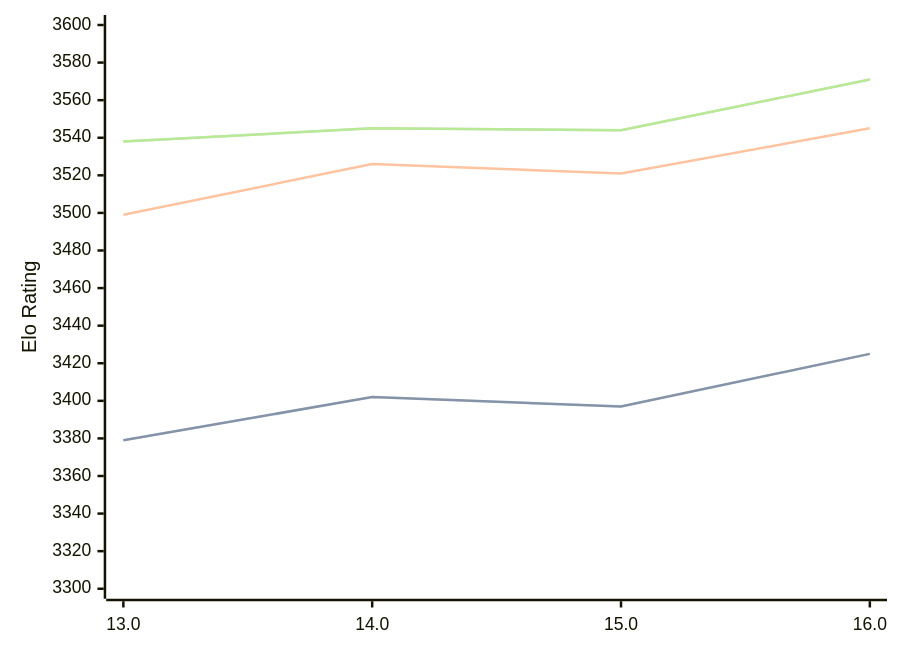
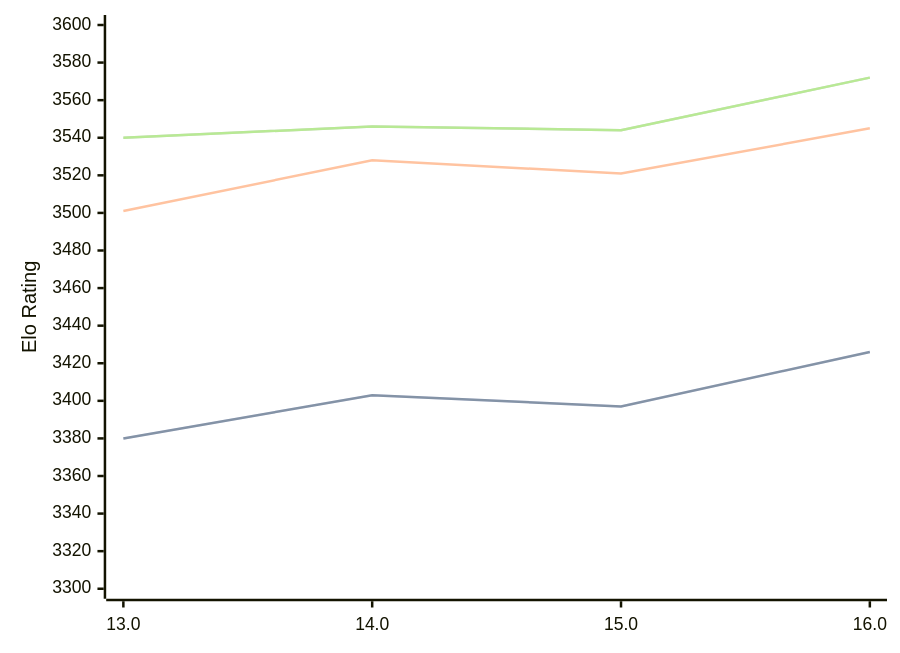
One commit to computer-chess-index/cci changed the third of 3 diagrams in engines/Obsidian.md. Above: the diagram before and after it, drawn with Mermaid. The commit also changed other lines of this file, not shown here.

Commit message:
Update CCI Ratings (ELO VLTC) - 2026-07-02

````diff
--- a/engines/Obsidian.md
+++ b/engines/Obsidian.md
@@ -76,11 +76,11 @@
 ```mermaid
 %%{init: {"theme":"base","themeVariables":{"seriesColors:['#a3a3a3','#222221','#faa371']}}}%%
 xychart-beta
   x-axis ["13.0", "14.0", "15.0", "16.0"]
   y-axis "Elo Rating" 3300 --> 3600
-  line "STC (8.0+0.08s)" [3379, 3402, 3397, 3425]
-  line "STC (8.0+0.08s)" [3379, 3402, 3397, 3425]
-  line "LTC (60.0+0.60s)" [3499, 3526, 3521, 3545]
-  line "VLTC (2m24s+1.12s)" [3538, 3545, 3544, 3571]
-  line "VLTC (2m24s+1.12s)" [3538, 3545, 3544, 3571]
+  line "STC (8.0+0.08s)" [3380, 3403, 3397, 3426]
+  line "STC (8.0+0.08s)" [3380, 3403, 3397, 3426]
+  line "LTC (60.0+0.60s)" [3501, 3528, 3521, 3545]
+  line "VLTC (2m24s+1.12s)" [3540, 3546, 3544, 3572]
+  line "VLTC (2m24s+1.12s)" [3540, 3546, 3544, 3572]
 ```
````
